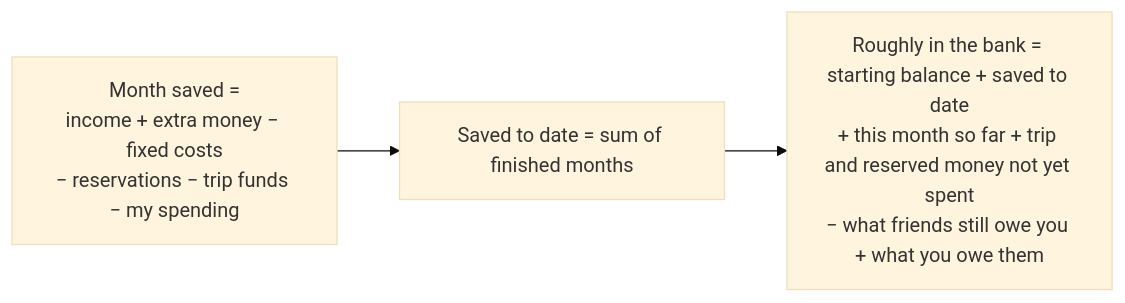
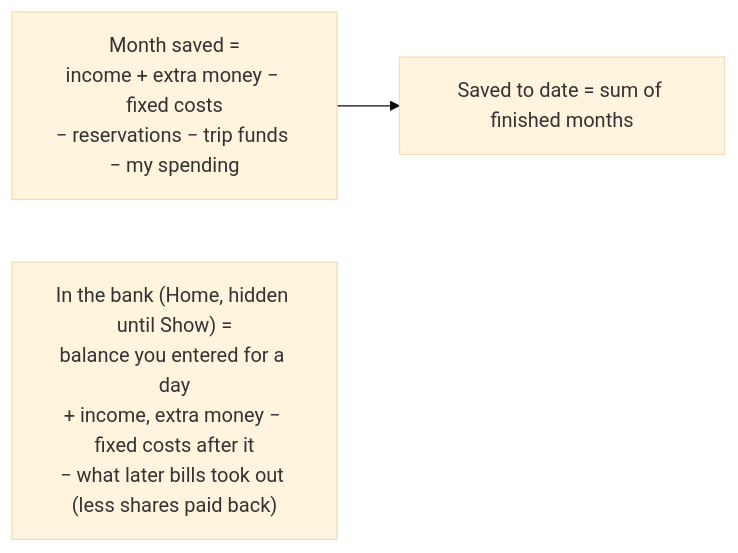
The fifth of 9 diagrams in README.md (nyx-ulrix/budgeter), drawn with Mermaid (base theme) before and after one commit. The commit also changed other lines of this file and 8 other files, not shown here.

First line of the commit message:
1.11.0: bank balance check on Home; date overspend by month; handover (PLAN.md §16)

````diff
--- a/README.md
+++ b/README.md
@@ -124,5 +124,5 @@
 ```mermaid
 flowchart LR
     m["Month saved =<br/>income + extra money − fixed costs<br/>− reservations − trip funds − my spending"] --> t["Saved to date = sum of finished months"]
-    t --> b["Roughly in the bank = starting balance + saved to date<br/>+ this month so far + trip and reserved money not yet spent<br/>− what friends still owe you + what you owe them"]
+    bank["In the bank (Home, hidden until Show) =<br/>balance you entered for a day<br/>+ income, extra money − fixed costs after it<br/>− what later bills took out (less shares paid back)"]
 ```
````
